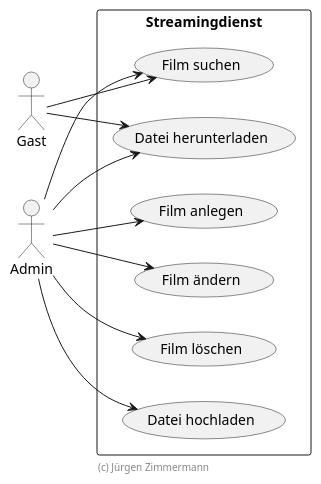
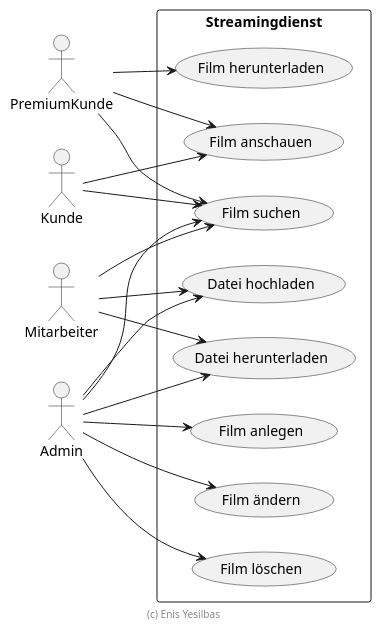
One commit to tanermemili/ss21_swe_grp5_abgabe1-1 changed the diagram in doc/entwicklerhandbuch/use-cases.puml. Above: the diagram before and after it, drawn with PlantUML. The commit also changed other lines of this file and 4 other files, not shown here.

Commit message:
Verbessern der PlantUML-Diagramme und leichte Korrekturen

```diff
--- a/doc/entwicklerhandbuch/use-cases.puml
+++ b/doc/entwicklerhandbuch/use-cases.puml
@@ -15,24 +2,31 @@
 @startuml Use Cases
 
 left to right direction
 skinparam packageStyle rect
 skinparam componentStyle uml2
 
-actor Gast
+actor Kunde
+actor PremiumKunde
+actor Mitarbeiter
 actor Admin
 
-'TODO: An Domäne anpassen
 rectangle Streamingdienst {
-    Gast --> (Film suchen)
-    Gast --> (Datei herunterladen)
+    Kunde --> (Film suchen)
+    Kunde --> (Film anschauen)
+    PremiumKunde --> (Film anschauen)
+    PremiumKunde --> (Film suchen)
+    PremiumKunde --> (Film herunterladen)
+    Mitarbeiter --> (Film suchen)
+    Mitarbeiter --> (Datei hochladen)
+    Mitarbeiter --> (Datei herunterladen)
     Admin --> (Film suchen)
     Admin --> (Film anlegen)
     Admin --> (Film ändern)
     Admin --> (Film löschen)
     Admin --> (Datei hochladen)
     Admin --> (Datei herunterladen)
 }
 
-footer (c) Jürgen Zimmermann
+footer (c) Enis Yesilbas
 
 @enduml
```
